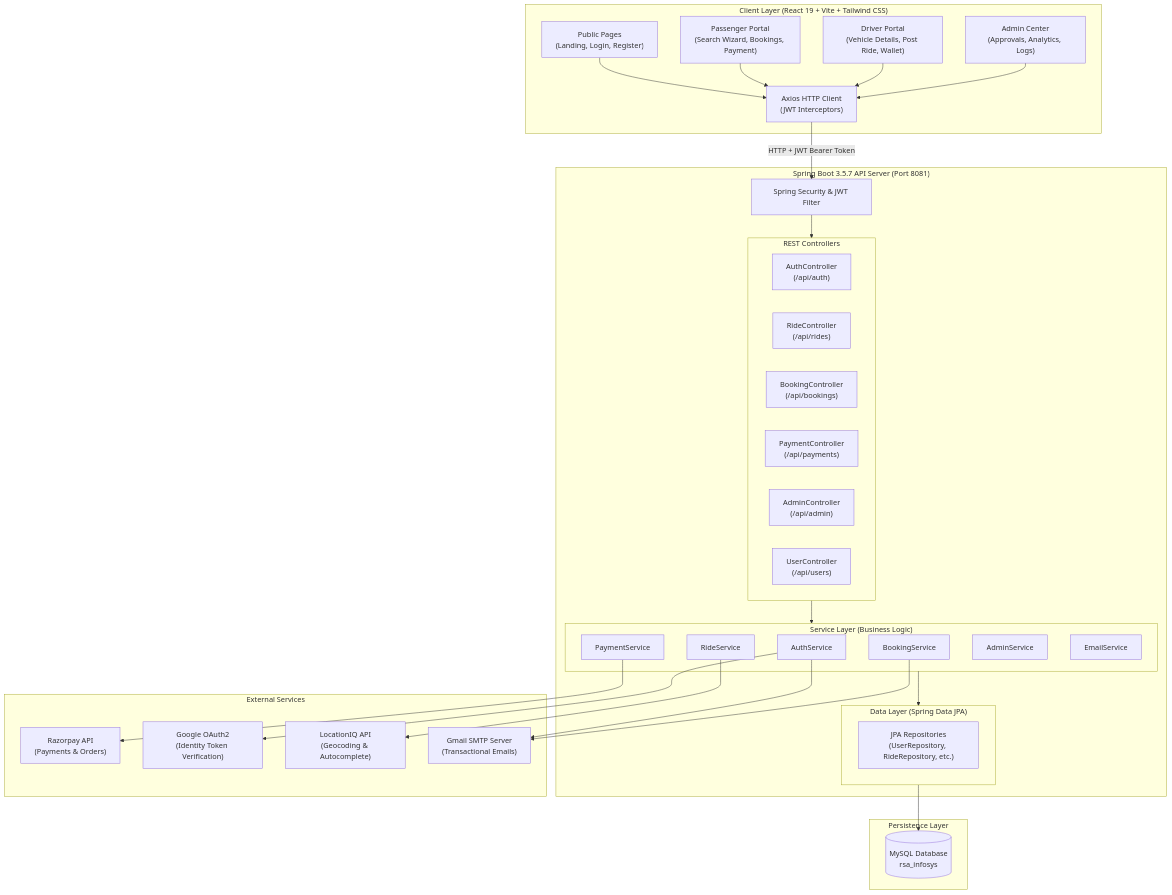
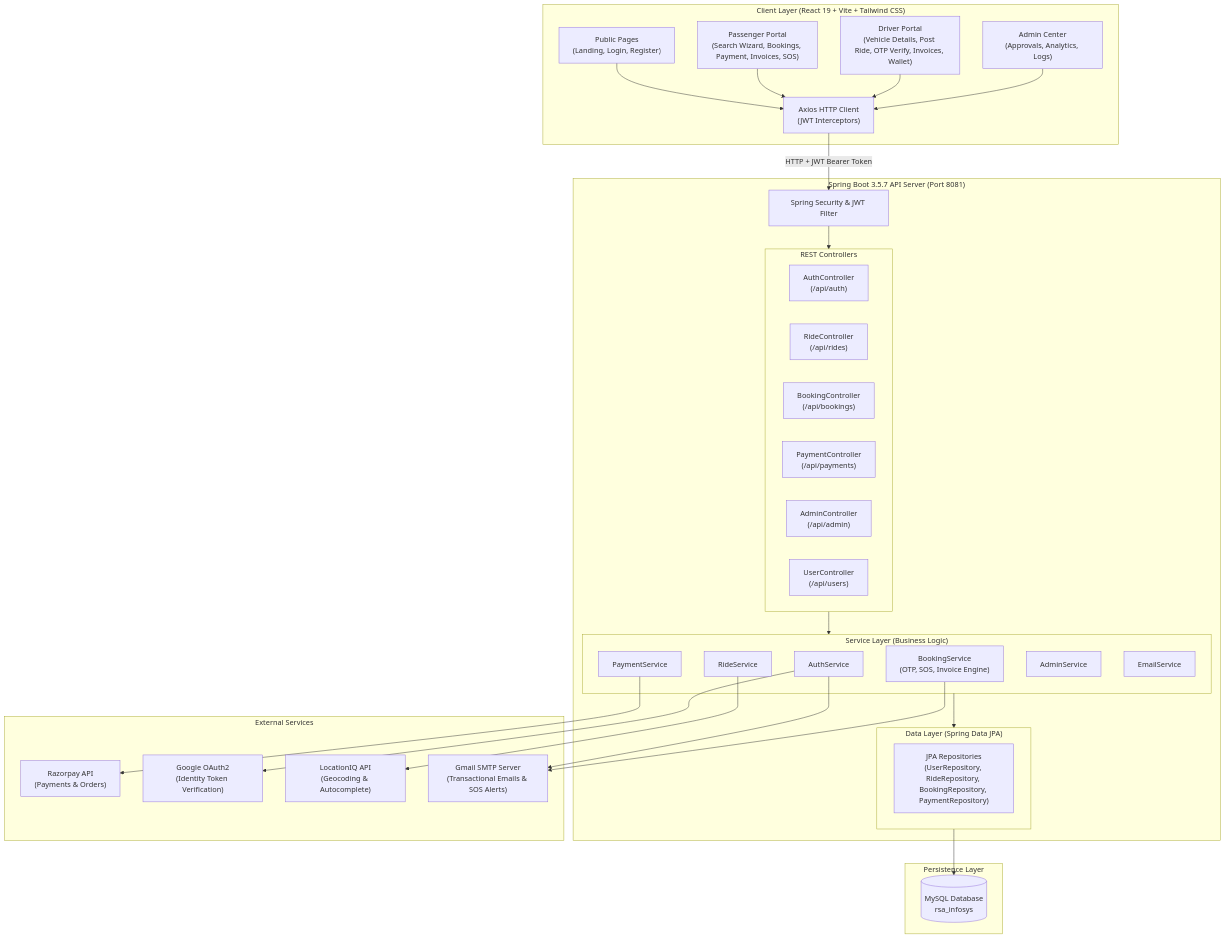
One commit to Sandeepkaushik21/Smart_Ride_Sharing- changed the first of 8 diagrams in README.md. Above: the diagram before and after it, drawn with Mermaid. The commit also changed other lines of this file, not shown here.

````diff
--- a/README.md
+++ b/README.md
@@ -62,64 +64,64 @@
 ```mermaid
 graph TB
     subgraph Frontend ["Client Layer (React 19 + Vite + Tailwind CSS)"]
         UI_Guest["Public Pages\n(Landing, Login, Register)"]
-        UI_Pass["Passenger Portal\n(Search Wizard, Bookings, Payment)"]
-        UI_Driver["Driver Portal\n(Vehicle Details, Post Ride, Wallet)"]
+        UI_Pass["Passenger Portal\n(Search Wizard, Bookings, Payment, Invoices, SOS)"]
+        UI_Driver["Driver Portal\n(Vehicle Details, Post Ride, OTP Verify, Invoices, Wallet)"]
         UI_Admin["Admin Center\n(Approvals, Analytics, Logs)"]
         Axios["Axios HTTP Client\n(JWT Interceptors)"]
     end
 
     subgraph Backend ["Spring Boot 3.5.7 API Server (Port 8081)"]
         SecFilter["Spring Security & JWT Filter"]
         
         subgraph Controllers ["REST Controllers"]
             AuthCtrl["AuthController\n(/api/auth)"]
             RideCtrl["RideController\n(/api/rides)"]
             BookCtrl["BookingController\n(/api/bookings)"]
             PayCtrl["PaymentController\n(/api/payments)"]
             AdminCtrl["AdminController\n(/api/admin)"]
             UserCtrl["UserController\n(/api/users)"]
         end
 
         subgraph Services ["Service Layer (Business Logic)"]
             AuthSvc["AuthService"]
             RideSvc["RideService"]
-            BookSvc["BookingService"]
+            BookSvc["BookingService\n(OTP, SOS, Invoice Engine)"]
             PaySvc["PaymentService"]
             AdminSvc["AdminService"]
             MailSvc["EmailService"]
         end
 
         subgraph DataAccess ["Data Layer (Spring Data JPA)"]
-            Repos["JPA Repositories\n(UserRepository, RideRepository, etc.)"]
+            Repos["JPA Repositories\n(UserRepository, RideRepository, BookingRepository, PaymentRepository)"]
         end
     end
 
     subgraph Database ["Persistence Layer"]
         MySQL[("MySQL Database\nrsa_infosys")]
     end
 
     subgraph External ["External Services"]
         Razorpay["Razorpay API\n(Payments & Orders)"]
         GoogleAuth["Google OAuth2\n(Identity Token Verification)"]
         LocationIQ["LocationIQ API\n(Geocoding & Autocomplete)"]
-        GmailSMTP["Gmail SMTP Server\n(Transactional Emails)"]
+        GmailSMTP["Gmail SMTP Server\n(Transactional Emails & SOS Alerts)"]
     end
 
     UI_Guest --> Axios
     UI_Pass --> Axios
     UI_Driver --> Axios
     UI_Admin --> Axios
 
     Axios -->|HTTP + JWT Bearer Token| SecFilter
     SecFilter --> Controllers
     Controllers --> Services
     Services --> DataAccess
     DataAccess --> MySQL
 
     AuthSvc --> GoogleAuth
     AuthSvc --> GmailSMTP
     BookSvc --> GmailSMTP
     PaySvc --> Razorpay
     RideSvc --> LocationIQ
 ```
````
